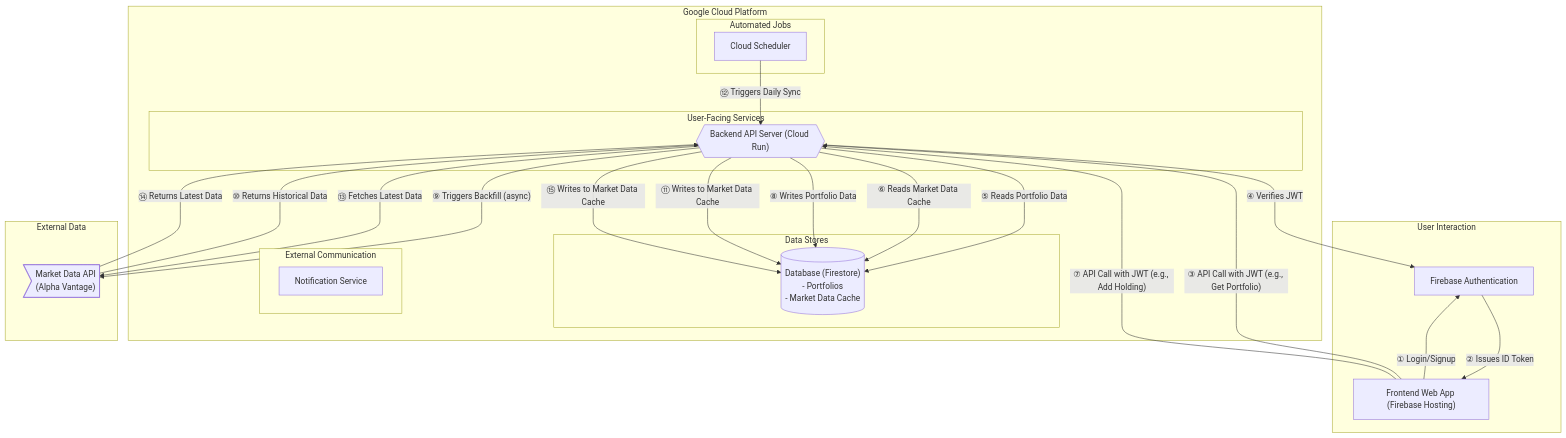
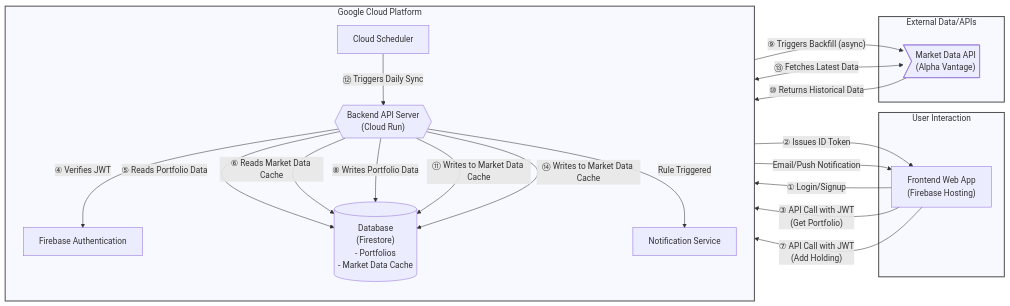
Diagram 12 of 12 in product_spec.md (enzhao/Sentinel), drawn with Mermaid before and after one commit. The commit also changed other lines of this file, not shown here.

Commit message:
docs(spec): update data model for default portfolio and refactor. #4

````diff
--- a/product_spec.md
+++ b/product_spec.md
@@ -886,52 +952,55 @@
 ```mermaid
-graph
-    subgraph "Google Cloud Platform"
-        %% direction LR
-        
-        subgraph "User-Facing Services"
-            B{{"Backend API Server (Cloud Run)"}}
-        end
-
-        subgraph "Data Stores"
-            C[("Database (Firestore)<br>- Portfolios<br>- Market Data Cache")]
-        end
-
-        subgraph "Automated Jobs"
-            Scheduler["Cloud Scheduler"]
-        end
-        
-        subgraph "External Communication"
-             E["Notification Service"]
-        end
+flowchart LR
+    %% USER LAYER
+    subgraph User["User Interaction"]
+        A["Frontend Web App<br/>(Firebase Hosting)"]
     end
 
-    subgraph "User Interaction"
-        %% direction LR
-        A["Frontend Web App (Firebase Hosting)"]
+    %% PLATFORM CORE (Now includes Auth)
+    subgraph Platform["Google Cloud Platform"]
+        direction TB
         G["Firebase Authentication"]
+        B{{"Backend API Server<br/>(Cloud Run)"}}
+        C[("Database<br/>(Firestore)<br/>- Portfolios<br/>- Market Data Cache")]
+        Scheduler["Cloud Scheduler"]
+        E["Notification Service"]
     end
 
-    subgraph "External Data"
-        F>"Market Data API<br>(Alpha Vantage)"]
+    %% EXTERNAL ZONE
+    subgraph Ext["External Data/APIs"]
+        F>"Market Data API<br/>(Alpha Vantage)"]
     end
 
-    %% Define the flows
+    %% Flows
+
+    %% ①② Authentication
     A -- "① Login/Signup" --> G
     G -- "② Issues ID Token" --> A
 
-    A -- "③ API Call with JWT (e.g., Get Portfolio)" --> B
+    %% ③④⑤⑥ Portfolio Read
+    A -- "③ API Call with JWT<br/>(Get Portfolio)" --> B
     B -- "④ Verifies JWT" --> G
     B -- "⑤ Reads Portfolio Data" --> C
     B -- "⑥ Reads Market Data Cache" --> C
-    
-    A -- "⑦ API Call with JWT (e.g., Add Holding)" --> B
+
+    %% Portfolio Write
+    A -- "⑦ API Call with JWT<br/>(Add Holding)" --> B
     B -- "⑧ Writes Portfolio Data" --> C
     B -- "⑨ Triggers Backfill (async)" --> F
     F -- "⑩ Returns Historical Data" --> B
     B -- "⑪ Writes to Market Data Cache" --> C
 
+    %% Scheduled Job (Daily Sync)
     Scheduler -- "⑫ Triggers Daily Sync" --> B
-    B -- "⑬ Fetches Latest Data" --> F
-    F -- "⑭ Returns Latest Data" --> B
-    B -- "⑮ Writes to Market Data Cache" --> C
+    B <-- "⑬ Fetches Latest Data" --> F
+    %% F -- "⑭ Returns Latest Data" --> B
+    B -- "⑭ Writes to Market Data Cache" --> C
+
+    %% OPTIONAL: Notification Flow Example
+    B -- "Rule Triggered" --> E
+    E -- "Email/Push Notification" --> A
+
+    %% Visual grouping
+    classDef zone fill:#F7F9FF,stroke:#555,stroke-width:2px;
+    class User,Platform,Ext zone;
 ```
````
